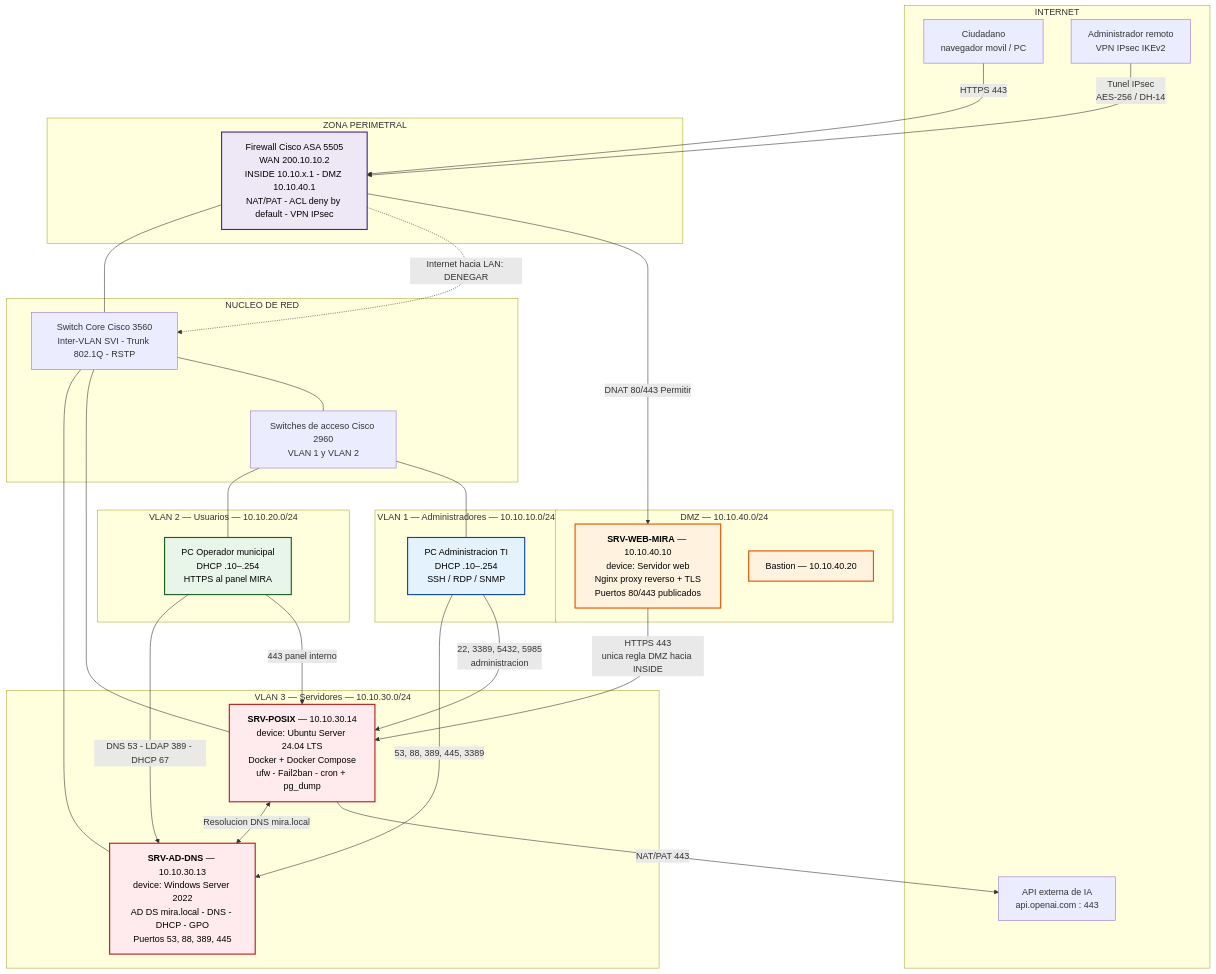
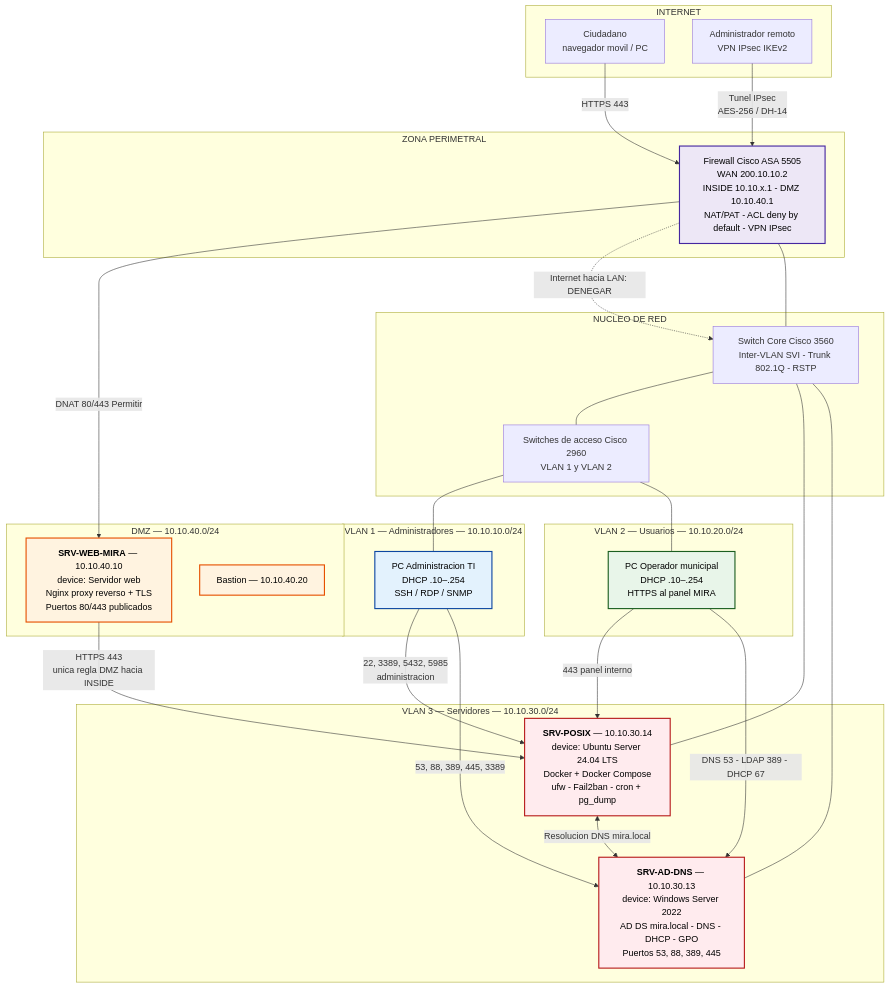
The first of 5 diagrams in Diagrama_Implementacion_Hito1.md (bitorientaluy/mira), drawn with Mermaid before and after one commit. The commit also changed other lines of this file and 1 other file, not shown here.

Commit message:
Eliminar funcionalidad de IA del documento y diagrama para alinear con la exclusión 4.5.2

````diff
--- a/Diagrama_Implementacion_Hito1.md
+++ b/Diagrama_Implementacion_Hito1.md
@@ -12,66 +12,64 @@
 ```mermaid
 flowchart TB
     subgraph INET["INTERNET"]
         CIU["Ciudadano<br/>navegador movil / PC"]
         ADMREM["Administrador remoto<br/>VPN IPsec IKEv2"]
-        OPENAI["API externa de IA<br/>api.openai.com : 443"]
     end
 
     subgraph PERIM["ZONA PERIMETRAL"]
         ASA["Firewall Cisco ASA 5505<br/>WAN 200.10.10.2<br/>INSIDE 10.10.x.1 - DMZ 10.10.40.1<br/>NAT/PAT - ACL deny by default - VPN IPsec"]
     end
 
     subgraph DMZ["DMZ — 10.10.40.0/24"]
         WEB["<b>SRV-WEB-MIRA</b> — 10.10.40.10<br/>device: Servidor web<br/>Nginx proxy reverso + TLS<br/>Puertos 80/443 publicados"]
         BAST["Bastion — 10.10.40.20"]
     end
 
     subgraph CORE["NUCLEO DE RED"]
         SW3560["Switch Core Cisco 3560<br/>Inter-VLAN SVI - Trunk 802.1Q - RSTP"]
         SW2960["Switches de acceso Cisco 2960<br/>VLAN 1 y VLAN 2"]
     end
 
     subgraph VLAN1["VLAN 1 — Administradores — 10.10.10.0/24"]
         PCADM["PC Administracion TI<br/>DHCP .10–.254<br/>SSH / RDP / SNMP"]
     end
 
     subgraph VLAN2["VLAN 2 — Usuarios — 10.10.20.0/24"]
         PCOP["PC Operador municipal<br/>DHCP .10–.254<br/>HTTPS al panel MIRA"]
     end
 
     subgraph VLAN3["VLAN 3 — Servidores — 10.10.30.0/24"]
         POSIX["<b>SRV-POSIX</b> — 10.10.30.14<br/>device: Ubuntu Server 24.04 LTS<br/>Docker + Docker Compose<br/>ufw - Fail2ban - cron + pg_dump"]
         AD["<b>SRV-AD-DNS</b> — 10.10.30.13<br/>device: Windows Server 2022<br/>AD DS mira.local - DNS - DHCP - GPO<br/>Puertos 53, 88, 389, 445"]
     end
 
     CIU -->|"HTTPS 443"| ASA
     ADMREM -->|"Tunel IPsec<br/>AES-256 / DH-14"| ASA
     ASA -->|"DNAT 80/443 Permitir"| WEB
     ASA -.->|"Internet hacia LAN: DENEGAR"| SW3560
     WEB -->|"HTTPS 443<br/>unica regla DMZ hacia INSIDE"| POSIX
-    POSIX -->|"NAT/PAT 443"| OPENAI
 
     ASA --- SW3560
     SW3560 --- SW2960
     SW2960 --- PCADM
     SW2960 --- PCOP
     SW3560 --- POSIX
     SW3560 --- AD
 
     PCOP -->|"443 panel interno"| POSIX
     PCOP -->|"DNS 53 - LDAP 389 - DHCP 67"| AD
     PCADM -->|"22, 3389, 5432, 5985<br/>administracion"| POSIX
     PCADM -->|"53, 88, 389, 445, 3389"| AD
     POSIX <-->|"Resolucion DNS mira.local"| AD
 
     classDef dmz fill:#fff3e0,stroke:#e65100,stroke-width:2px,color:#000
     classDef srv fill:#ffebee,stroke:#b71c1c,stroke-width:2px,color:#000
     classDef adm fill:#e3f2fd,stroke:#0d47a1,stroke-width:2px,color:#000
     classDef usr fill:#e8f5e9,stroke:#1b5e20,stroke-width:2px,color:#000
     classDef fw  fill:#ede7f6,stroke:#4527a0,stroke-width:2px,color:#000
     class WEB,BAST dmz
     class POSIX,AD srv
     class PCADM adm
     class PCOP usr
     class ASA fw
 ```
````
